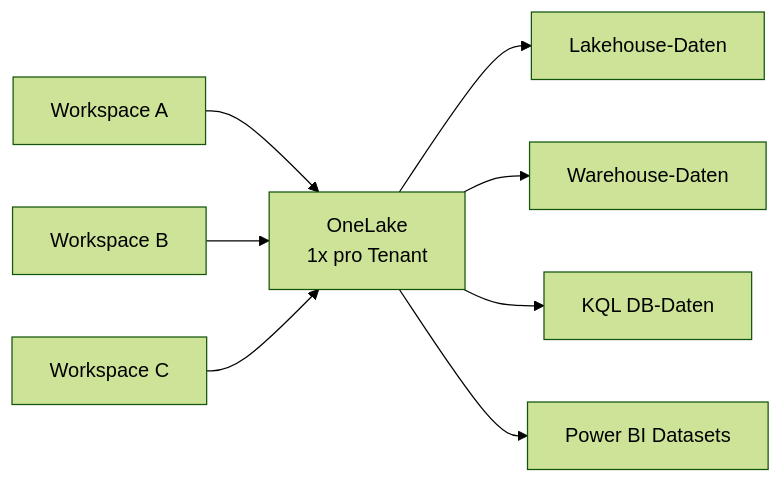
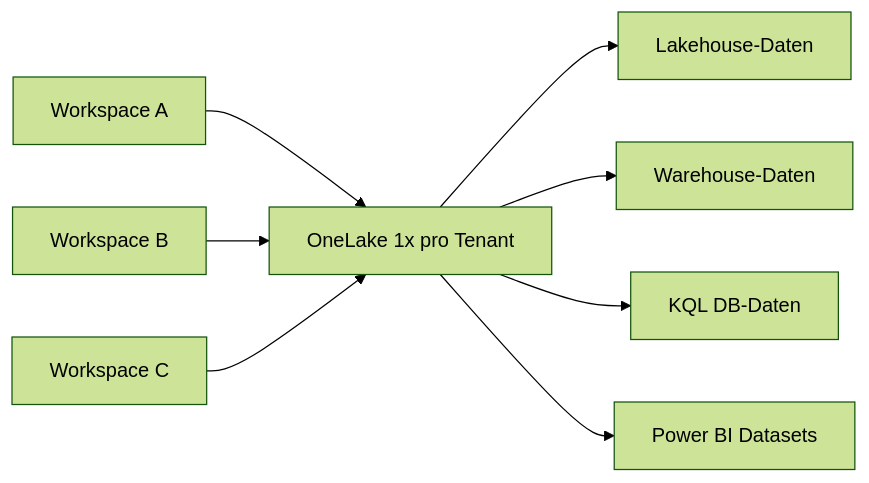
One commit to SoniiiT/notes-n-docs changed the second of 4 diagrams in Microsoft 365/Azure/Fabric/Microsoft Fabric Grundlagen.md. Above: the diagram before and after it, drawn with Mermaid (forest theme). The commit also changed other lines of this file and 124 other files, not shown here.

First line of the commit message:
fix: Entferne \n aus allen Mermaid-Diagrammen (125 Dateien)

````diff
--- a/Microsoft 365/Azure/Fabric/Microsoft Fabric Grundlagen.md
+++ b/Microsoft 365/Azure/Fabric/Microsoft Fabric Grundlagen.md
@@ -83,12 +83,12 @@
 ```mermaid
 graph LR
-    OL[OneLake\n1x pro Tenant]
+    OL[OneLake 1x pro Tenant]
     WS1[Workspace A] --> OL
     WS2[Workspace B] --> OL
     WS3[Workspace C] --> OL
     
     OL --> LH[Lakehouse-Daten]
     OL --> WH[Warehouse-Daten]
     OL --> KQL[KQL DB-Daten]
     OL --> PBI[Power BI Datasets]
 ```
````
